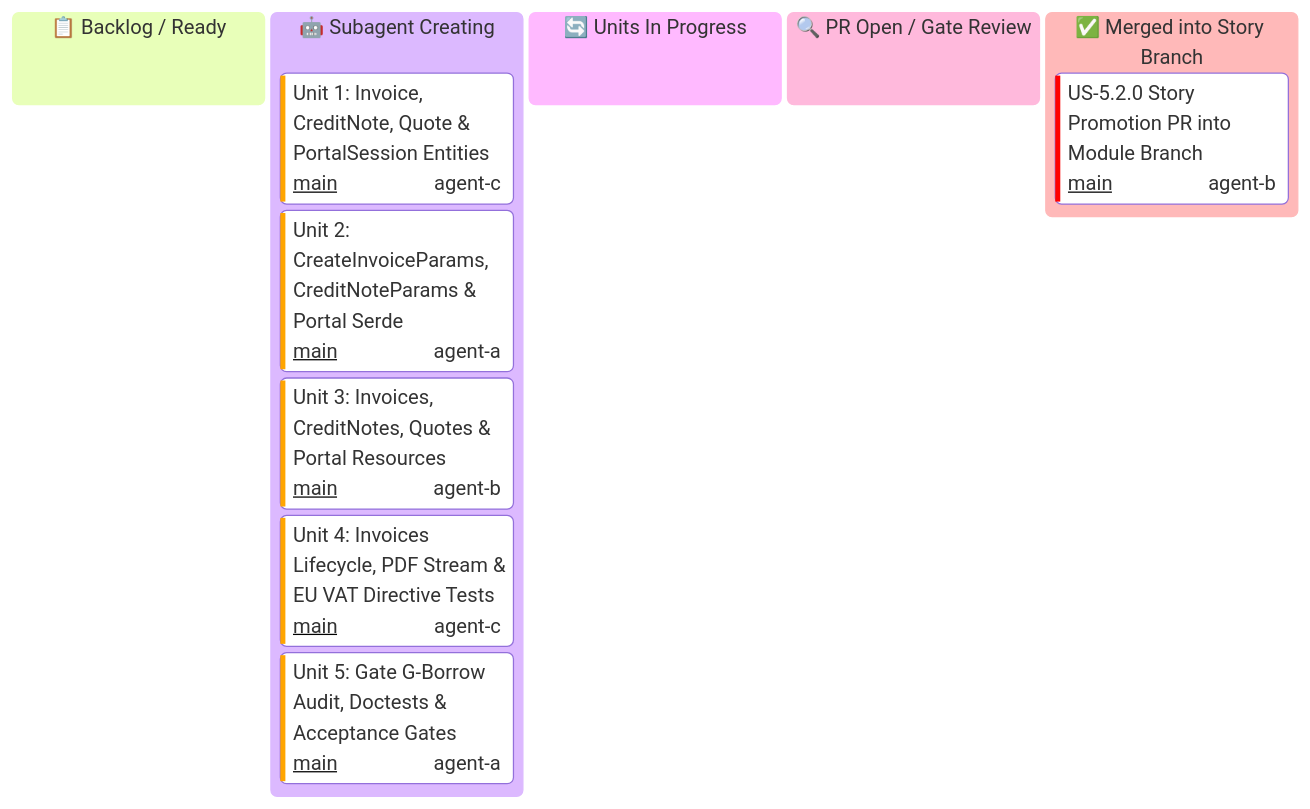
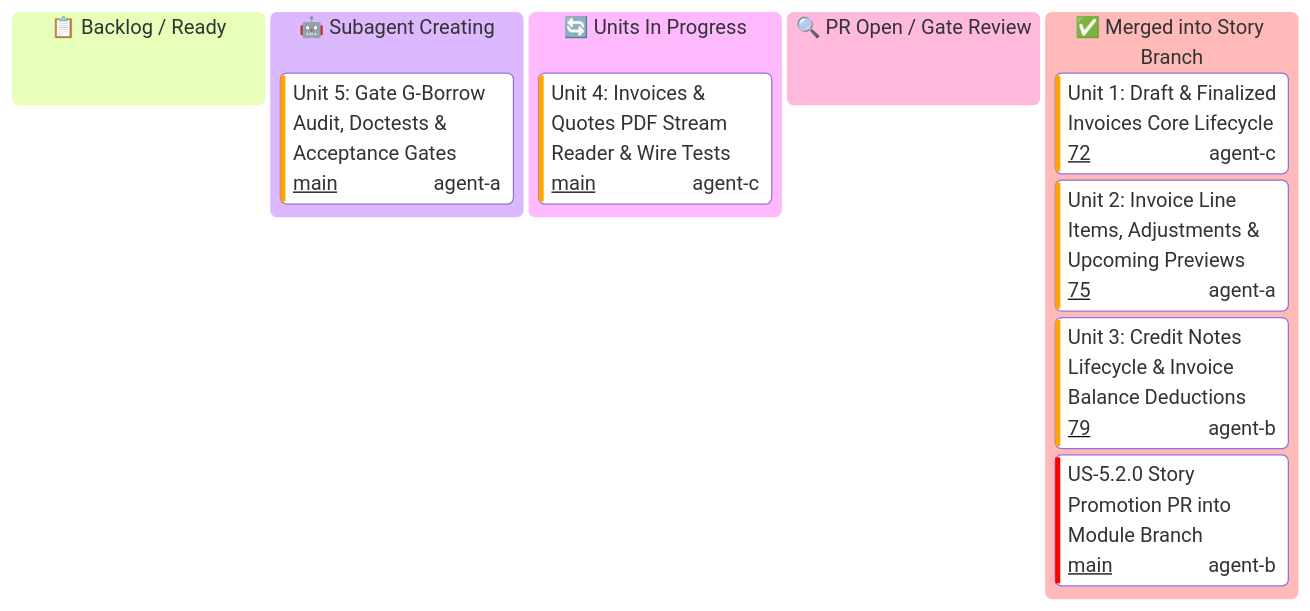
Before and after one commit to some-of-cs/some-stripe: the third of 3 diagrams in docs/user-stories/module-5-customers-and-billing/KANBAN.md, drawn with Mermaid. The commit also changed other lines of this file and 1 other file, not shown here.

Commit message:
docs(us-5.2.0): update kanban boards marking Unit 3 as merged (PR #79)

````diff
--- a/docs/user-stories/module-5-customers-and-billing/KANBAN.md
+++ b/docs/user-stories/module-5-customers-and-billing/KANBAN.md
@@ -73,19 +73,19 @@
 ```mermaid
 ---
 config:
   kanban:
     ticketBaseUrl: 'https://github.com/some-of-cs/some-stripe/pull/#TICKET#'
 ---
 kanban
   todo[📋 Backlog / Ready]
   spawning[🤖 Subagent Creating]
-    u521[Unit 1: Invoice, CreditNote, Quote & PortalSession Entities]@{ ticket: 'main', assigned: 'agent-c', priority: 'High' }
-    u522[Unit 2: CreateInvoiceParams, CreditNoteParams & Portal Serde]@{ ticket: 'main', assigned: 'agent-a', priority: 'High' }
-    u523[Unit 3: Invoices, CreditNotes, Quotes & Portal Resources]@{ ticket: 'main', assigned: 'agent-b', priority: 'High' }
-    u524[Unit 4: Invoices Lifecycle, PDF Stream & EU VAT Directive Tests]@{ ticket: 'main', assigned: 'agent-c', priority: 'High' }
     u525[Unit 5: Gate G-Borrow Audit, Doctests & Acceptance Gates]@{ ticket: 'main', assigned: 'agent-a', priority: 'High' }
   in_progress[🔄 Units In Progress]
+    u524[Unit 4: Invoices & Quotes PDF Stream Reader & Wire Tests]@{ ticket: 'main', assigned: 'agent-c', priority: 'High' }
   review[🔍 PR Open / Gate Review]
   done[✅ Merged into Story Branch]
+    u521[Unit 1: Draft & Finalized Invoices Core Lifecycle]@{ ticket: '72', assigned: 'agent-c', priority: 'High' }
+    u522[Unit 2: Invoice Line Items, Adjustments & Upcoming Previews]@{ ticket: '75', assigned: 'agent-a', priority: 'High' }
+    u523[Unit 3: Credit Notes Lifecycle & Invoice Balance Deductions]@{ ticket: '79', assigned: 'agent-b', priority: 'High' }
     s52_pr[US-5.2.0 Story Promotion PR into Module Branch]@{ ticket: 'main', assigned: 'agent-b', priority: 'Very High' }
 ```
````
